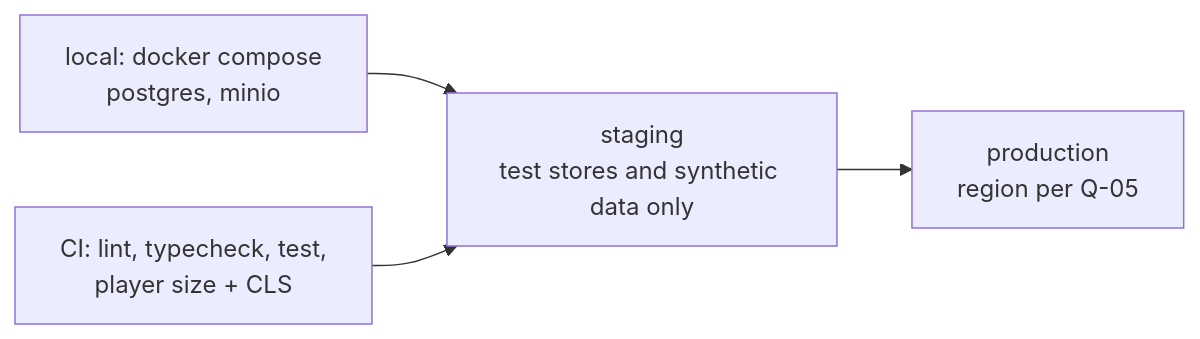
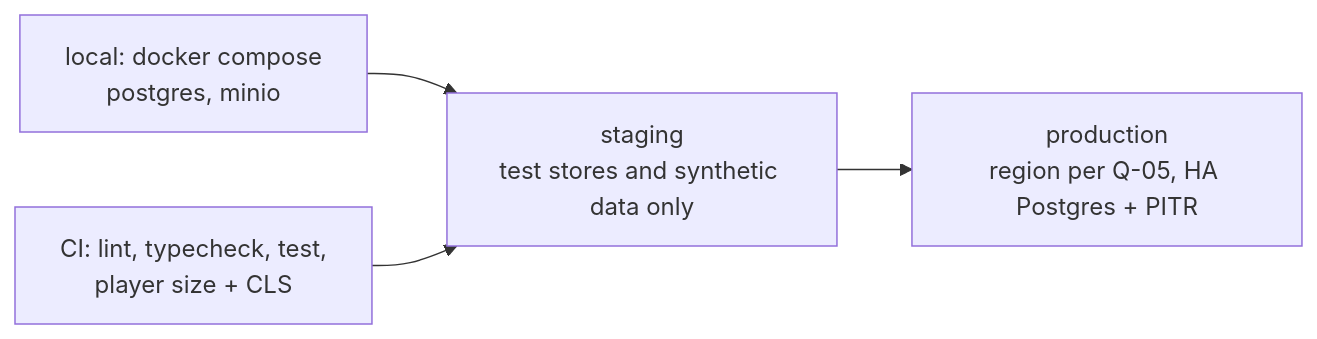
The third of 4 diagrams in _bmad-output/planning-artifacts/architecture/architecture-splice-2026-10-10/ARCHITECTURE-SPINE.md (alibad98/splice), drawn with Mermaid before and after one commit. The commit also changed other lines of this file and 3 other files, not shown here.

First line of the commit message:
Finalize architecture spine (AD-1 to AD-23) and align PRD v0.4

````diff
--- a/_bmad-output/planning-artifacts/architecture/architecture-splice-2026-10-10/ARCHITECTURE-SPINE.md
+++ b/_bmad-output/planning-artifacts/architecture/architecture-splice-2026-10-10/ARCHITECTURE-SPINE.md
@@ -279,6 +389,6 @@
 ```mermaid
 flowchart LR
   dev[local: docker compose<br/>postgres, minio] --> staging[staging<br/>test stores and synthetic data only]
-  staging --> prod[production<br/>region per Q-05]
+  staging --> prod[production<br/>region per Q-05, HA Postgres + PITR]
   ci[CI: lint, typecheck, test,<br/>player size + CLS] --> staging
 ```
````
